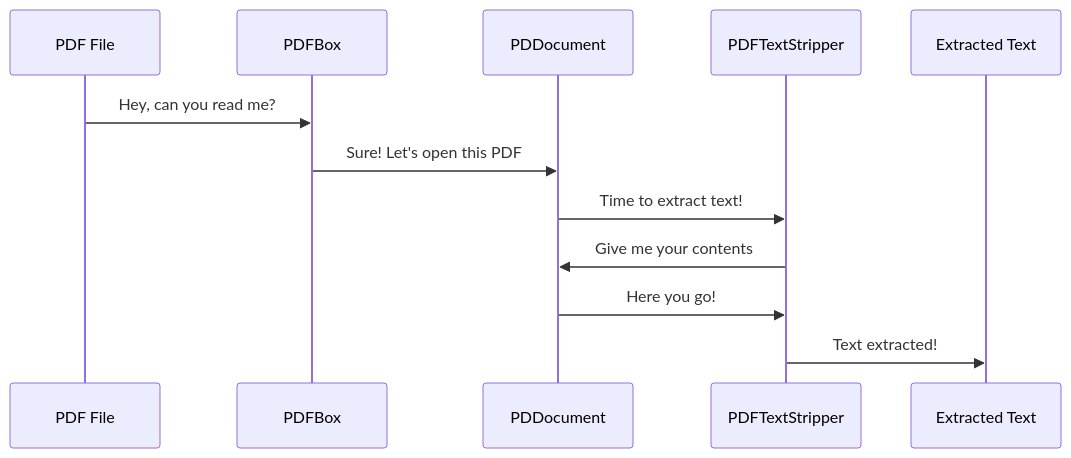
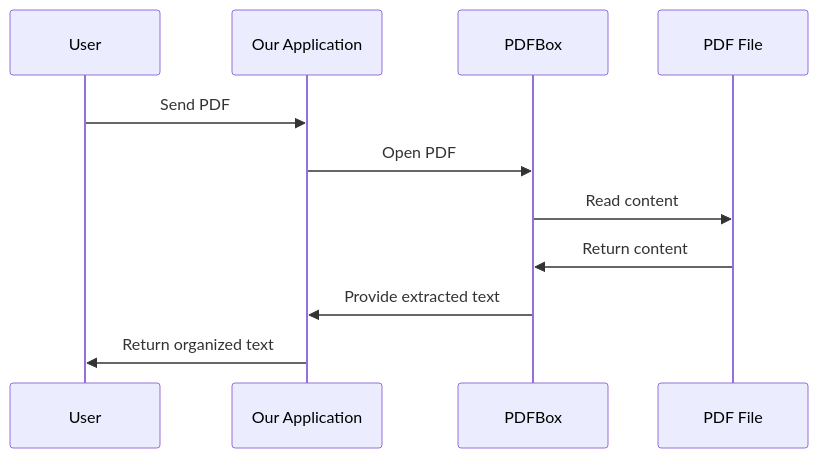
Before and after one commit to dygavieta/NewRepo: the sixth of 7 diagrams in README.md, drawn with Mermaid. The commit also changed other lines of this file, not shown here.

````diff
--- a/README.md
+++ b/README.md
@@ -517,15 +446,14 @@
 ```mermaid
 sequenceDiagram
+    participant User
+    participant App as Our Application
+    participant PB as PDFBox
     participant PDF as PDF File
-    participant PDFBox as PDFBox
-    participant Doc as PDDocument
-    participant Stripper as PDFTextStripper
-    participant Text as Extracted Text
 
-    PDF->>PDFBox: Hey, can you read me?
-    PDFBox->>Doc: Sure! Let's open this PDF
-    Doc->>Stripper: Time to extract text!
-    Stripper->>Doc: Give me your contents
-    Doc->>Stripper: Here you go!
-    Stripper->>Text: Text extracted!
+    User->>App: Send PDF
+    App->>PB: Open PDF
+    PB->>PDF: Read content
+    PDF->>PB: Return content
+    PB->>App: Provide extracted text
+    App->>User: Return organized text
 ```
````
